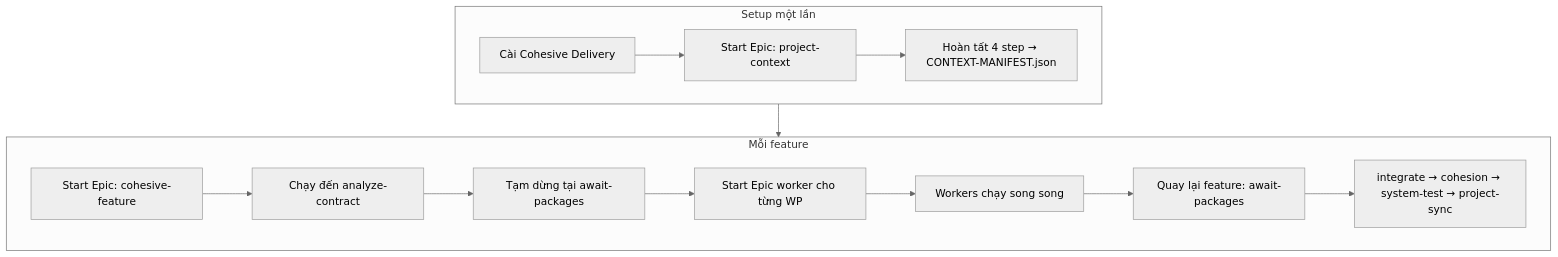
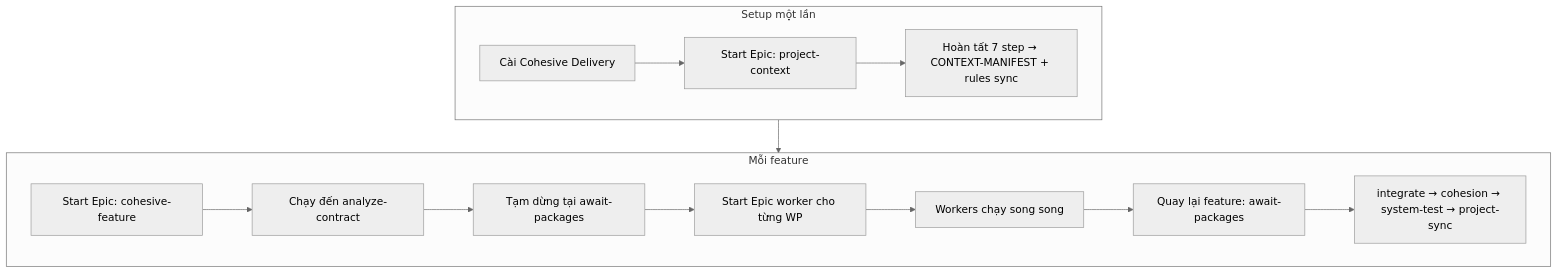
One commit to o00ontcong/aidlc changed the first of 8 diagrams in COHESIVE_DELIVERY_UI_GUIDE.md. Above: the diagram before and after it, drawn with Mermaid (neutral theme). The commit also changed other lines of this file and 22 other files, not shown here.

````diff
--- a/COHESIVE_DELIVERY_UI_GUIDE.md
+++ b/COHESIVE_DELIVERY_UI_GUIDE.md
@@ -9,18 +9,18 @@
 ```mermaid
 flowchart TB
   subgraph setup ["Setup một lần"]
     A[Cài Cohesive Delivery] --> B[Start Epic: project-context]
-    B --> C[Hoàn tất 4 step → CONTEXT-MANIFEST.json]
+    B --> C[Hoàn tất 7 step → CONTEXT-MANIFEST + rules sync]
   end
 
   subgraph feature ["Mỗi feature"]
     D[Start Epic: cohesive-feature] --> E[Chạy đến analyze-contract]
     E --> F[Tạm dừng tại await-packages]
     F --> G[Start Epic worker cho từng WP]
     G --> H[Workers chạy song song]
     H --> I[Quay lại feature: await-packages]
     I --> J[integrate → cohesion → system-test → project-sync]
   end
 
   setup --> feature
 ```
````
